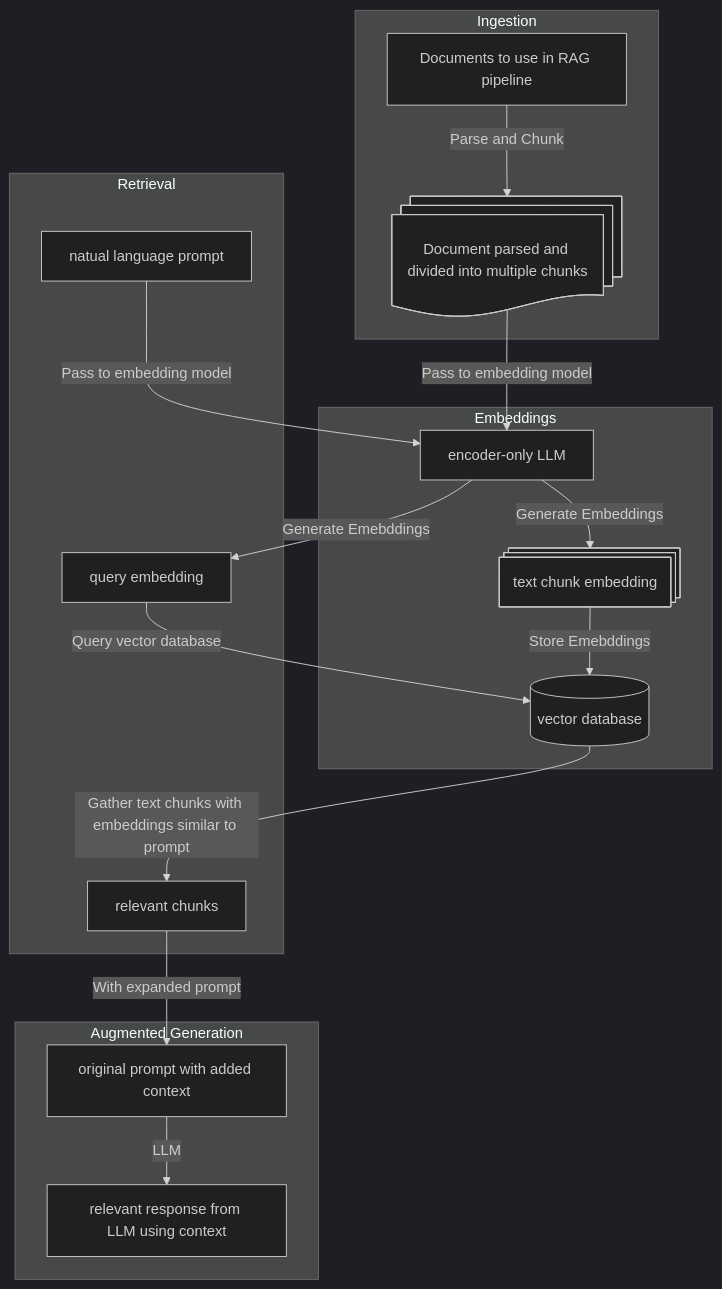
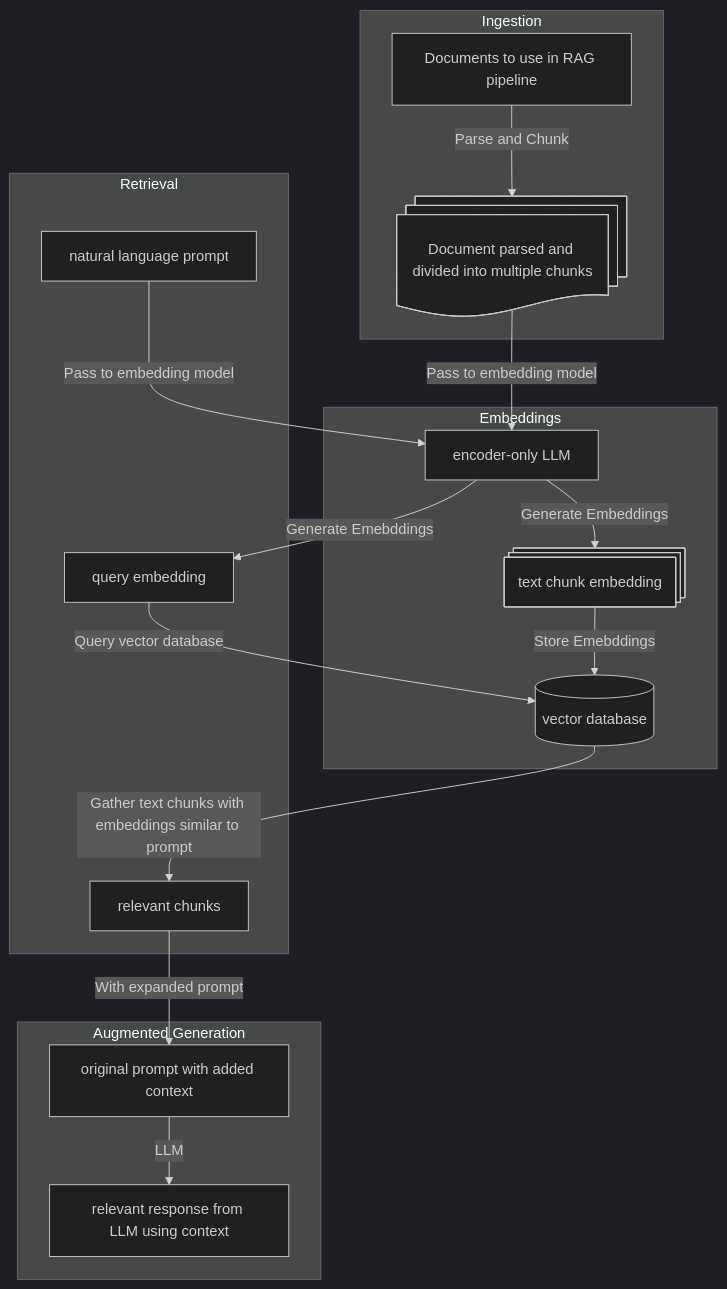
Before and after one commit to NYU-RTS/rts-docs: the diagram in docs/genai/04_how_to_guides/03_retrieval_augmented_generation.mdx, drawn with Mermaid (dark theme). The commit also changed 1 other file, not shown here.

Commit message:
natual -> natural

````diff
--- a/docs/genai/04_how_to_guides/03_retrieval_augmented_generation.mdx
+++ b/docs/genai/04_how_to_guides/03_retrieval_augmented_generation.mdx
@@ -13,31 +13,31 @@
 ```mermaid
 flowchart TB;
     A["Documents to use in RAG pipeline"]
     B@{shape: docs, label: "Document parsed and divided into multiple chunks"}
     C["encoder-only LLM"]
     D@{shape: procs, label: "text chunk embedding"}
     E[("vector database")]
-    F["natual language prompt"]
+    F["natural language prompt"]
     G["query embedding"]
     I["relevant chunks"]
     J["original prompt with added context"]
     K["relevant response from LLM using context"]
     subgraph Ingestion
     A-- "Parse and Chunk" -->B;
     end
     subgraph Embeddings
     B-- "Pass to embedding model" -->C;
     C-- "Generate Embeddings" -->D;
     D-- "Store Emebddings" -->E;
     end
     subgraph Retrieval
     F-- "Pass to embedding model" -->C;
     C-- "Generate Emebddings" -->G;
     G-- "Query vector database" -->E;
     E-- "Gather text chunks with embeddings similar to prompt" -->I;
     end
     I-- "With expanded prompt" -->J;
     subgraph Augmented Generation
     J-- "LLM" -->K;
     end
 ```
````
